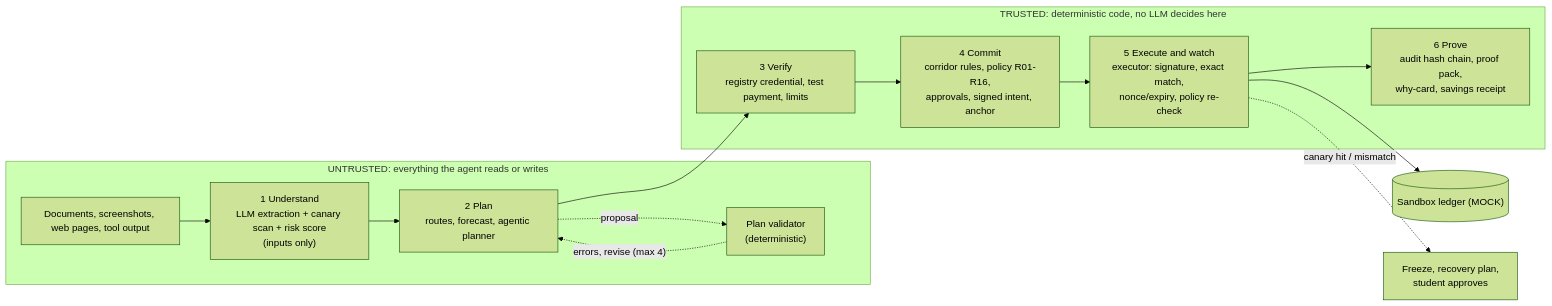
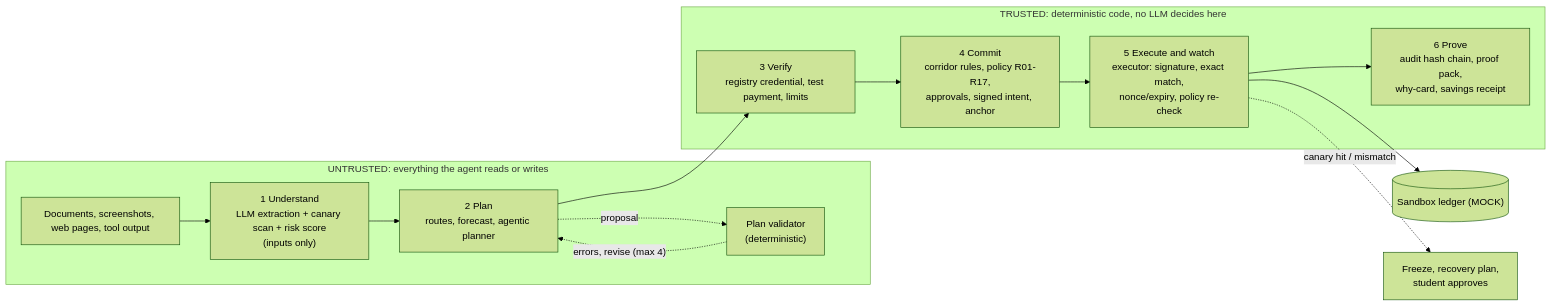
Before and after one commit to gk-936/oasis: the diagram in README.md, drawn with Mermaid (forest theme). The commit also changed other lines of this file and 21 other files, not shown here.

````diff
--- a/README.md
+++ b/README.md
@@ -9,17 +9,17 @@
 ```mermaid
 flowchart LR
   subgraph U["UNTRUSTED: everything the agent reads or writes"]
     D["Documents, screenshots, web pages, tool output"] --> S1["1 Understand<br/>LLM extraction + canary scan + risk score<br/>(inputs only)"]
     S1 --> S2["2 Plan<br/>routes, forecast, agentic planner"]
     S2 -. "proposal" .-> V["Plan validator<br/>(deterministic)"]
     V -. "errors, revise (max 4)" .-> S2
   end
   S2 --> S3
   subgraph T["TRUSTED: deterministic code, no LLM decides here"]
-    S3["3 Verify<br/>registry credential, test payment, limits"] --> S4["4 Commit<br/>corridor rules, policy R01-R16,<br/>approvals, signed intent, anchor"]
+    S3["3 Verify<br/>registry credential, test payment, limits"] --> S4["4 Commit<br/>corridor rules, policy R01-R17,<br/>approvals, signed intent, anchor"]
     S4 --> S5["5 Execute and watch<br/>executor: signature, exact match,<br/>nonce/expiry, policy re-check"]
     S5 --> S6["6 Prove<br/>audit hash chain, proof pack,<br/>why-card, savings receipt"]
   end
   S5 --> L[("Sandbox ledger (MOCK)")]
   S5 -. "canary hit / mismatch" .-> F["Freeze, recovery plan,<br/>student approves"]
 ```
````
